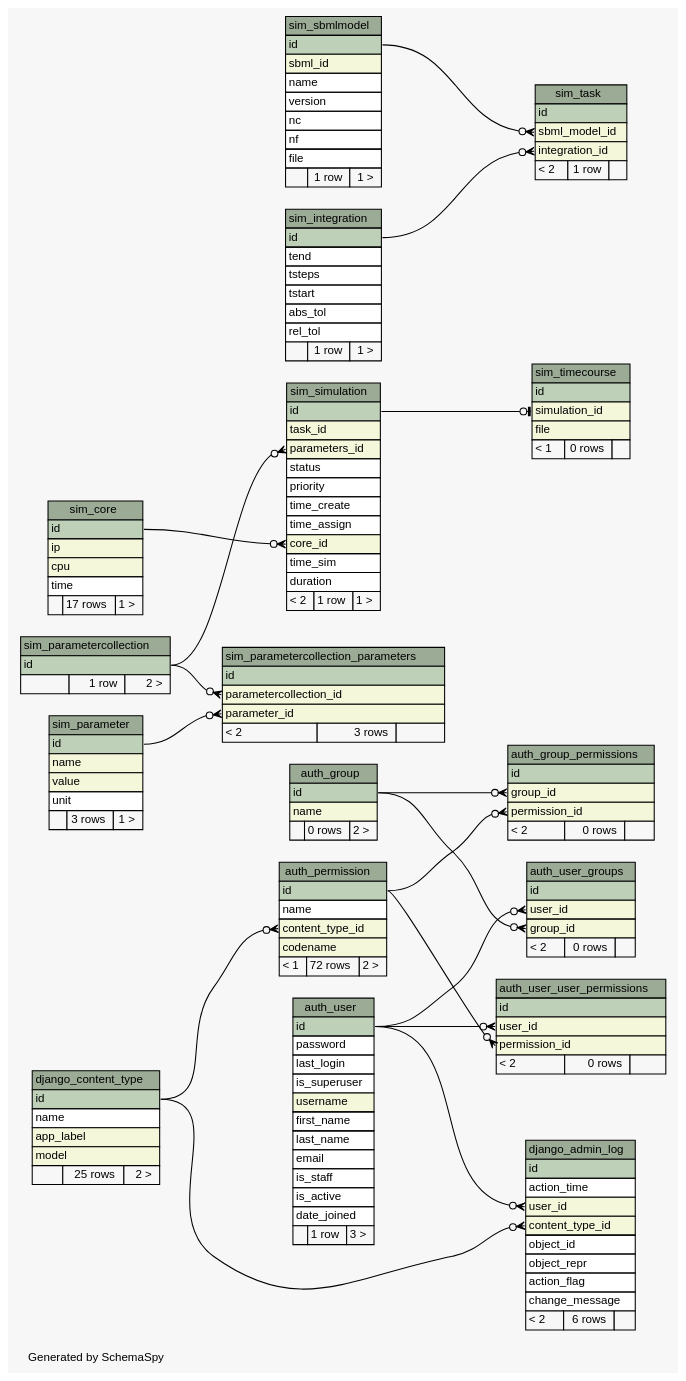
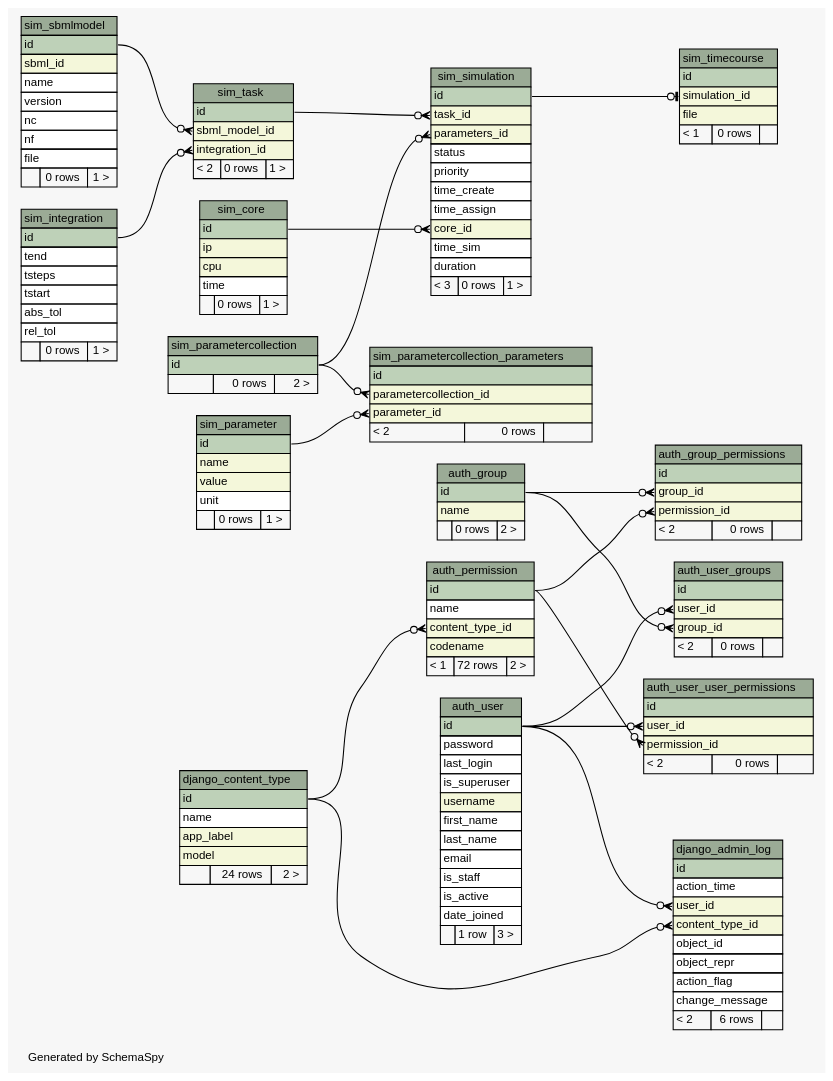
Before and after one commit to jingyayeah/multiscale-galactose: the diagram in database/diagrams/summary/relationships.real.large.dot, drawn with Graphviz. The commit also changed 90 other files, not shown here.

```diff
--- a/database/diagrams/summary/relationships.real.large.dot
+++ b/database/diagrams/summary/relationships.real.large.dot
@@ -124,7 +124,7 @@
       <TR><TD PORT="name" COLSPAN="3" ALIGN="LEFT">name</TD></TR>
       <TR><TD PORT="app_label" COLSPAN="3" BGCOLOR="#f4f7da" ALIGN="LEFT">app_label</TD></TR>
       <TR><TD PORT="model" COLSPAN="3" BGCOLOR="#f4f7da" ALIGN="LEFT">model</TD></TR>
-      <TR><TD ALIGN="LEFT" BGCOLOR="#f7f7f7">  </TD><TD ALIGN="RIGHT" BGCOLOR="#f7f7f7">25 rows</TD><TD ALIGN="RIGHT" BGCOLOR="#f7f7f7">2 &gt;</TD></TR>
+      <TR><TD ALIGN="LEFT" BGCOLOR="#f7f7f7">  </TD><TD ALIGN="RIGHT" BGCOLOR="#f7f7f7">24 rows</TD><TD ALIGN="RIGHT" BGCOLOR="#f7f7f7">2 &gt;</TD></TR>
     </TABLE>>
     URL="tables/django_content_type.html"
     tooltip="django_content_type"
@@ -137,7 +137,7 @@
       <TR><TD PORT="ip" COLSPAN="3" BGCOLOR="#f4f7da" ALIGN="LEFT">ip</TD></TR>
       <TR><TD PORT="cpu" COLSPAN="3" BGCOLOR="#f4f7da" ALIGN="LEFT">cpu</TD></TR>
       <TR><TD PORT="time" COLSPAN="3" ALIGN="LEFT">time</TD></TR>
-      <TR><TD ALIGN="LEFT" BGCOLOR="#f7f7f7">  </TD><TD ALIGN="RIGHT" BGCOLOR="#f7f7f7">17 rows</TD><TD ALIGN="RIGHT" BGCOLOR="#f7f7f7">1 &gt;</TD></TR>
+      <TR><TD ALIGN="LEFT" BGCOLOR="#f7f7f7">  </TD><TD ALIGN="RIGHT" BGCOLOR="#f7f7f7">0 rows</TD><TD ALIGN="RIGHT" BGCOLOR="#f7f7f7">1 &gt;</TD></TR>
     </TABLE>>
     URL="tables/sim_core.html"
     tooltip="sim_core"
@@ -152,7 +152,7 @@
       <TR><TD PORT="tstart" COLSPAN="3" ALIGN="LEFT">tstart</TD></TR>
       <TR><TD PORT="abs_tol" COLSPAN="3" ALIGN="LEFT">abs_tol</TD></TR>
       <TR><TD PORT="rel_tol" COLSPAN="3" ALIGN="LEFT">rel_tol</TD></TR>
-      <TR><TD ALIGN="LEFT" BGCOLOR="#f7f7f7">  </TD><TD ALIGN="RIGHT" BGCOLOR="#f7f7f7">1 row</TD><TD ALIGN="RIGHT" BGCOLOR="#f7f7f7">1 &gt;</TD></TR>
+      <TR><TD ALIGN="LEFT" BGCOLOR="#f7f7f7">  </TD><TD ALIGN="RIGHT" BGCOLOR="#f7f7f7">0 rows</TD><TD ALIGN="RIGHT" BGCOLOR="#f7f7f7">1 &gt;</TD></TR>
     </TABLE>>
     URL="tables/sim_integration.html"
     tooltip="sim_integration"
@@ -165,7 +165,7 @@
       <TR><TD PORT="name" COLSPAN="3" BGCOLOR="#f4f7da" ALIGN="LEFT">name</TD></TR>
       <TR><TD PORT="value" COLSPAN="3" BGCOLOR="#f4f7da" ALIGN="LEFT">value</TD></TR>
       <TR><TD PORT="unit" COLSPAN="3" ALIGN="LEFT">unit</TD></TR>
-      <TR><TD ALIGN="LEFT" BGCOLOR="#f7f7f7">  </TD><TD ALIGN="RIGHT" BGCOLOR="#f7f7f7">3 rows</TD><TD ALIGN="RIGHT" BGCOLOR="#f7f7f7">1 &gt;</TD></TR>
+      <TR><TD ALIGN="LEFT" BGCOLOR="#f7f7f7">  </TD><TD ALIGN="RIGHT" BGCOLOR="#f7f7f7">0 rows</TD><TD ALIGN="RIGHT" BGCOLOR="#f7f7f7">1 &gt;</TD></TR>
     </TABLE>>
     URL="tables/sim_parameter.html"
     tooltip="sim_parameter"
@@ -175,7 +175,7 @@
     <TABLE BORDER="0" CELLBORDER="1" CELLSPACING="0" BGCOLOR="#ffffff">
       <TR><TD COLSPAN="3" BGCOLOR="#9bab96" ALIGN="CENTER">sim_parametercollection</TD></TR>
       <TR><TD PORT="id" COLSPAN="3" BGCOLOR="#bed1b8" ALIGN="LEFT">id</TD></TR>
-      <TR><TD ALIGN="LEFT" BGCOLOR="#f7f7f7">  </TD><TD ALIGN="RIGHT" BGCOLOR="#f7f7f7">1 row</TD><TD ALIGN="RIGHT" BGCOLOR="#f7f7f7">2 &gt;</TD></TR>
+      <TR><TD ALIGN="LEFT" BGCOLOR="#f7f7f7">  </TD><TD ALIGN="RIGHT" BGCOLOR="#f7f7f7">0 rows</TD><TD ALIGN="RIGHT" BGCOLOR="#f7f7f7">2 &gt;</TD></TR>
     </TABLE>>
     URL="tables/sim_parametercollection.html"
     tooltip="sim_parametercollection"
@@ -187,7 +187,7 @@
       <TR><TD PORT="id" COLSPAN="3" BGCOLOR="#bed1b8" ALIGN="LEFT">id</TD></TR>
       <TR><TD PORT="parametercollection_id" COLSPAN="3" BGCOLOR="#f4f7da" ALIGN="LEFT">parametercollection_id</TD></TR>
       <TR><TD PORT="parameter_id" COLSPAN="3" BGCOLOR="#f4f7da" ALIGN="LEFT">parameter_id</TD></TR>
-      <TR><TD ALIGN="LEFT" BGCOLOR="#f7f7f7">&lt; 2</TD><TD ALIGN="RIGHT" BGCOLOR="#f7f7f7">3 rows</TD><TD ALIGN="RIGHT" BGCOLOR="#f7f7f7">  </TD></TR>
+      <TR><TD ALIGN="LEFT" BGCOLOR="#f7f7f7">&lt; 2</TD><TD ALIGN="RIGHT" BGCOLOR="#f7f7f7">0 rows</TD><TD ALIGN="RIGHT" BGCOLOR="#f7f7f7">  </TD></TR>
     </TABLE>>
     URL="tables/sim_parametercollection_parameters.html"
     tooltip="sim_parametercollection_parameters"
@@ -203,7 +203,7 @@
       <TR><TD PORT="nc" COLSPAN="3" ALIGN="LEFT">nc</TD></TR>
       <TR><TD PORT="nf" COLSPAN="3" ALIGN="LEFT">nf</TD></TR>
       <TR><TD PORT="file" COLSPAN="3" ALIGN="LEFT">file</TD></TR>
-      <TR><TD ALIGN="LEFT" BGCOLOR="#f7f7f7">  </TD><TD ALIGN="RIGHT" BGCOLOR="#f7f7f7">1 row</TD><TD ALIGN="RIGHT" BGCOLOR="#f7f7f7">1 &gt;</TD></TR>
+      <TR><TD ALIGN="LEFT" BGCOLOR="#f7f7f7">  </TD><TD ALIGN="RIGHT" BGCOLOR="#f7f7f7">0 rows</TD><TD ALIGN="RIGHT" BGCOLOR="#f7f7f7">1 &gt;</TD></TR>
     </TABLE>>
     URL="tables/sim_sbmlmodel.html"
     tooltip="sim_sbmlmodel"
@@ -222,7 +222,7 @@
       <TR><TD PORT="core_id" COLSPAN="3" BGCOLOR="#f4f7da" ALIGN="LEFT">core_id</TD></TR>
       <TR><TD PORT="time_sim" COLSPAN="3" ALIGN="LEFT">time_sim</TD></TR>
       <TR><TD PORT="duration" COLSPAN="3" ALIGN="LEFT">duration</TD></TR>
-      <TR><TD ALIGN="LEFT" BGCOLOR="#f7f7f7">&lt; 2</TD><TD ALIGN="RIGHT" BGCOLOR="#f7f7f7">1 row</TD><TD ALIGN="RIGHT" BGCOLOR="#f7f7f7">1 &gt;</TD></TR>
+      <TR><TD ALIGN="LEFT" BGCOLOR="#f7f7f7">&lt; 3</TD><TD ALIGN="RIGHT" BGCOLOR="#f7f7f7">0 rows</TD><TD ALIGN="RIGHT" BGCOLOR="#f7f7f7">1 &gt;</TD></TR>
     </TABLE>>
     URL="tables/sim_simulation.html"
     tooltip="sim_simulation"
@@ -234,7 +234,7 @@
       <TR><TD PORT="id" COLSPAN="3" BGCOLOR="#bed1b8" ALIGN="LEFT">id</TD></TR>
       <TR><TD PORT="sbml_model_id" COLSPAN="3" BGCOLOR="#f4f7da" ALIGN="LEFT">sbml_model_id</TD></TR>
       <TR><TD PORT="integration_id" COLSPAN="3" BGCOLOR="#f4f7da" ALIGN="LEFT">integration_id</TD></TR>
-      <TR><TD ALIGN="LEFT" BGCOLOR="#f7f7f7">&lt; 2</TD><TD ALIGN="RIGHT" BGCOLOR="#f7f7f7">1 row</TD><TD ALIGN="RIGHT" BGCOLOR="#f7f7f7">  </TD></TR>
+      <TR><TD ALIGN="LEFT" BGCOLOR="#f7f7f7">&lt; 2</TD><TD ALIGN="RIGHT" BGCOLOR="#f7f7f7">0 rows</TD><TD ALIGN="RIGHT" BGCOLOR="#f7f7f7">1 &gt;</TD></TR>
     </TABLE>>
     URL="tables/sim_task.html"
     tooltip="sim_task"
@@ -264,6 +264,7 @@
   "sim_parametercollection_parameters":"parametercollection_id":w -> "sim_parametercollection":"id":e [arrowhead=none dir=back arrowtail=crowodot];
   "sim_simulation":"core_id":w -> "sim_core":"id":e [arrowhead=none dir=back arrowtail=crowodot];
   "sim_simulation":"parameters_id":w -> "sim_parametercollection":"id":e [arrowhead=none dir=back arrowtail=crowodot];
+  "sim_simulation":"task_id":w -> "sim_task":"id":e [arrowhead=none dir=back arrowtail=crowodot];
   "sim_task":"integration_id":w -> "sim_integration":"id":e [arrowhead=none dir=back arrowtail=crowodot];
   "sim_task":"sbml_model_id":w -> "sim_sbmlmodel":"id":e [arrowhead=none dir=back arrowtail=crowodot];
   "sim_timecourse":"simulation_id":w -> "sim_simulation":"id":e [arrowhead=none dir=back arrowtail=teeodot];
```
